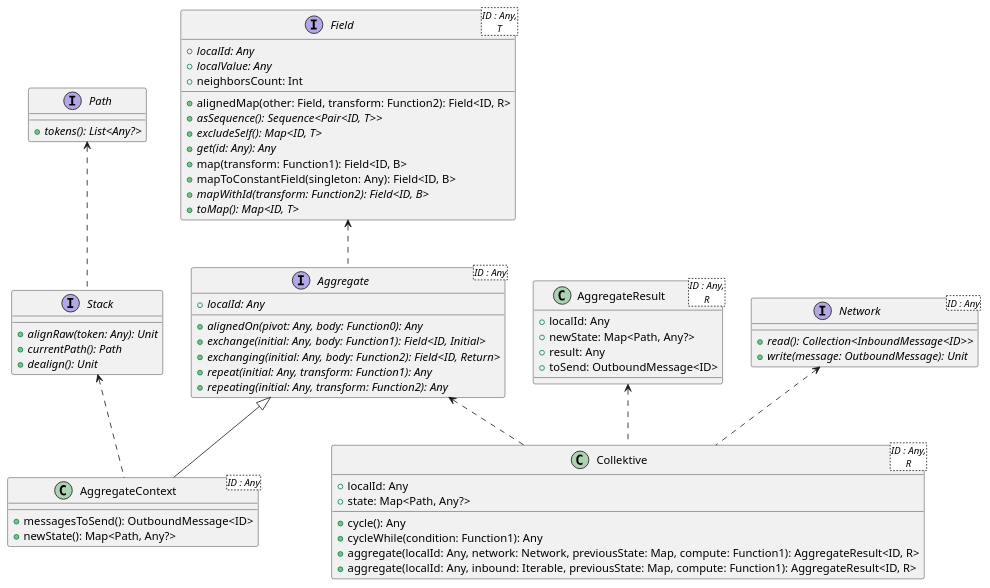
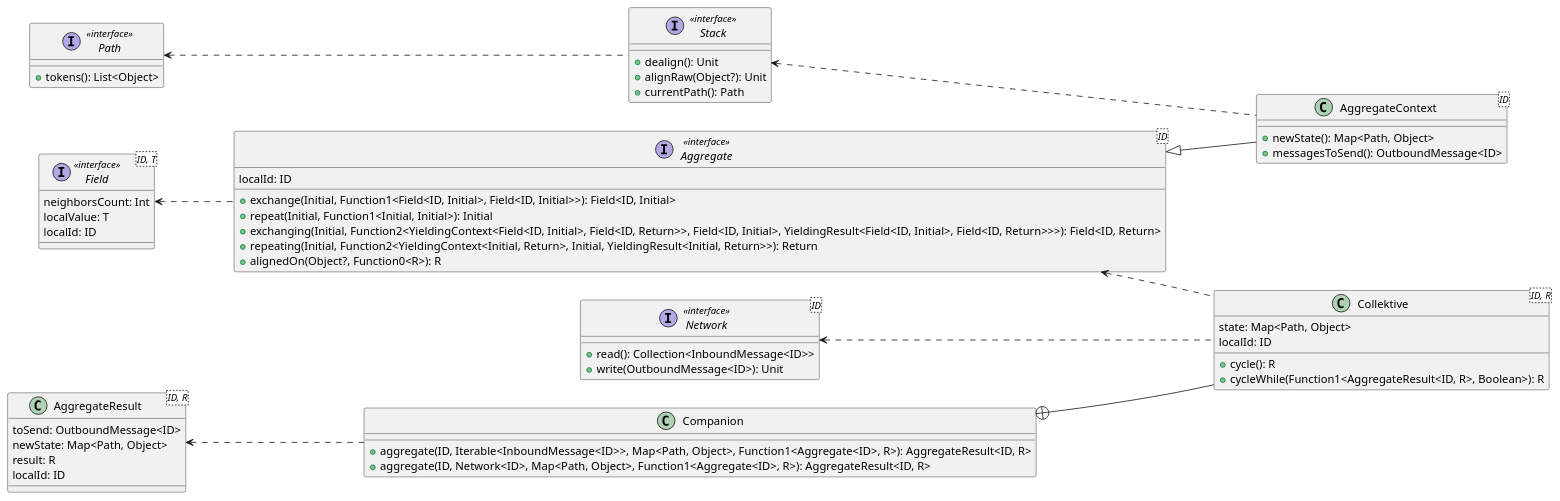
One commit to FilippoVissani/master-thesis changed the diagram in diagrams/collektive-design.puml. Above: the diagram before and after it, drawn with PlantUML. The commit also changed 5 other files, not shown here.

Commit message:
refactor: improve diagrams

```diff
--- a/diagrams/collektive-design.puml
+++ b/diagrams/collektive-design.puml
@@ -1,68 +1,66 @@
 @startuml
-interface Aggregate<ID : Any> {
-    +{abstract} localId: Any
-    +{abstract} alignedOn(pivot: Any, body: Function0): Any
-    +{abstract} exchange(initial: Any, body: Function1): Field<ID, Initial>
-    +{abstract} exchanging(initial: Any, body: Function2): Field<ID, Return>
-    +{abstract} repeat(initial: Any, transform: Function1): Any
-    +{abstract} repeating(initial: Any, transform: Function2): Any
+left to right direction
+
+interface Aggregate<ID> << interface >> {
+  + exchange(Initial, Function1<Field<ID, Initial>, Field<ID, Initial>>): Field<ID, Initial>
+  + repeat(Initial, Function1<Initial, Initial>): Initial
+  + exchanging(Initial, Function2<YieldingContext<Field<ID, Initial>, Field<ID, Return>>, Field<ID, Initial>, YieldingResult<Field<ID, Initial>, Field<ID, Return>>>): Field<ID, Return>
+  + repeating(Initial, Function2<YieldingContext<Initial, Return>, Initial, YieldingResult<Initial, Return>>): Return
+  + alignedOn(Object?, Function0<R>): R
+   localId: ID
 }
 
-class AggregateContext<ID : Any> {
-    +messagesToSend(): OutboundMessage<ID>
-    +newState(): Map<Path, Any?>
+class AggregateContext<ID> {
+  + newState(): Map<Path, Object>
+  + messagesToSend(): OutboundMessage<ID>
 }
 
-class AggregateResult<ID : Any,\nR> {
-    +localId: Any
-    +newState: Map<Path, Any?>
-    +result: Any
-    +toSend: OutboundMessage<ID>
+class AggregateResult<ID, R> {
+   toSend: OutboundMessage<ID>
+   newState: Map<Path, Object>
+   result: R
+   localId: ID
 }
 
-class Collektive<ID : Any,\nR> {
-    +localId: Any
-    +state: Map<Path, Any?>
-    +cycle(): Any
-    +cycleWhile(condition: Function1): Any
-    +aggregate(localId: Any, network: Network, previousState: Map, compute: Function1): AggregateResult<ID, R>
-    +aggregate(localId: Any, inbound: Iterable, previousState: Map, compute: Function1): AggregateResult<ID, R>
+class Collektive<ID, R> {
+  + cycle(): R
+  + cycleWhile(Function1<AggregateResult<ID, R>, Boolean>): R
+   state: Map<Path, Object>
+   localId: ID
 }
 
-interface Stack {
-    +{abstract} alignRaw(token: Any): Unit
-    +{abstract} currentPath(): Path
-    +{abstract} dealign(): Unit
+class Companion {
+  + aggregate(ID, Iterable<InboundMessage<ID>>, Map<Path, Object>, Function1<Aggregate<ID>, R>): AggregateResult<ID, R>
+  + aggregate(ID, Network<ID>, Map<Path, Object>, Function1<Aggregate<ID>, R>): AggregateResult<ID, R>
 }
 
-interface Field<ID : Any,\nT> {
-    +{abstract} localId: Any
-    +{abstract} localValue: Any
-    +neighborsCount: Int
-    +alignedMap(other: Field, transform: Function2): Field<ID, R>
-    +{abstract} asSequence(): Sequence<Pair<ID, T>>
-    +{abstract} excludeSelf(): Map<ID, T>
-    +{abstract} get(id: Any): Any
-    +map(transform: Function1): Field<ID, B>
-    +mapToConstantField(singleton: Any): Field<ID, B>
-    +{abstract} mapWithId(transform: Function2): Field<ID, B>
-    +{abstract} toMap(): Map<ID, T>
+interface Stack << interface >> {
+  + dealign(): Unit
+  + alignRaw(Object?): Unit
+  + currentPath(): Path
 }
 
-interface Network<ID : Any> {
-    +{abstract} read(): Collection<InboundMessage<ID>>
-    +{abstract} write(message: OutboundMessage): Unit
+interface Path << interface >> {
+  + tokens(): List<Object>
 }
 
-interface Path {
-    +{abstract} tokens(): List<Any?>
+interface Field<ID, T> << interface >> {
+   neighborsCount: Int
+   localValue: T
+   localId: ID
 }
 
+interface Network<ID> << interface >> {
+  + read(): Collection<InboundMessage<ID>>
+  + write(OutboundMessage<ID>): Unit
+}
+
+Companion  +--  Collektive
 Aggregate <|-- AggregateContext
-AggregateResult <.. Collektive
+AggregateResult <.. Companion
 Field <.. Aggregate
 Aggregate <.. Collektive
 Network <.. Collektive
 Path <.. Stack
 Stack <.. AggregateContext
 @enduml
```
